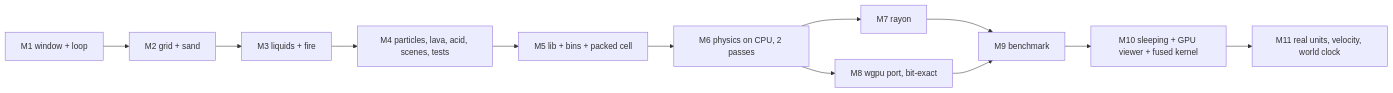
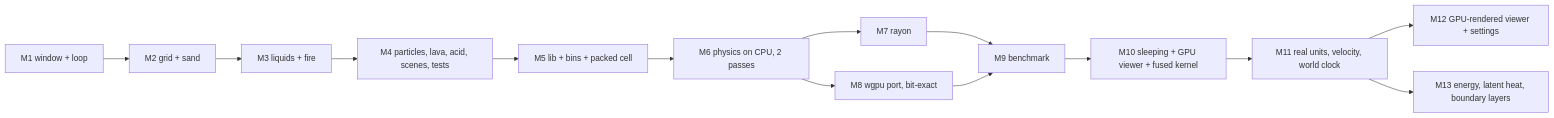
One commit to anujbarve/falling-sand-rust changed the diagram in docs/lessons/17-capstone-roadmap.md. Above: the diagram before and after it, drawn with Mermaid. The commit also changed other lines of this file and 9 other files, not shown here.

Commit message:
docs(lessons): update lessons for the module split and latent heat; add lesson 18

````diff
--- a/docs/lessons/17-capstone-roadmap.md
+++ b/docs/lessons/17-capstone-roadmap.md
@@ -21,14 +21,16 @@
 ```mermaid
 graph LR
   M1[M1 window + loop] --> M2[M2 grid + sand]
   M2 --> M3[M3 liquids + fire]
   M3 --> M4[M4 particles, lava, acid, scenes, tests]
   M4 --> M5[M5 lib + bins + packed cell]
   M5 --> M6[M6 physics on CPU, 2 passes]
   M6 --> M7[M7 rayon]
   M6 --> M8[M8 wgpu port, bit-exact]
   M7 --> M9[M9 benchmark]
   M8 --> M9
   M9 --> M10[M10 sleeping + GPU viewer + fused kernel]
   M10 --> M11[M11 real units, velocity, world clock]
+  M11 --> M12[M12 GPU-rendered viewer + settings]
+  M11 --> M13[M13 energy, latent heat, boundary layers]
 ```
````
